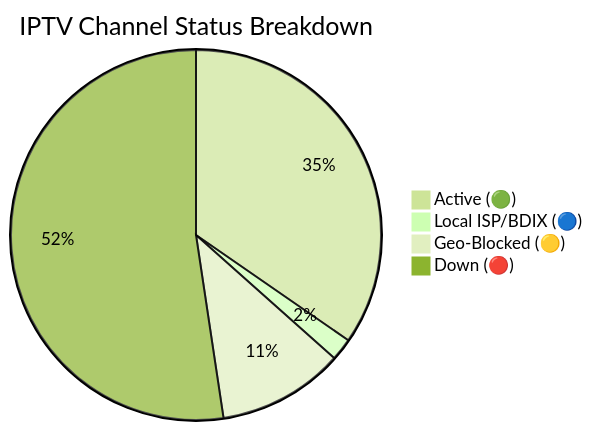
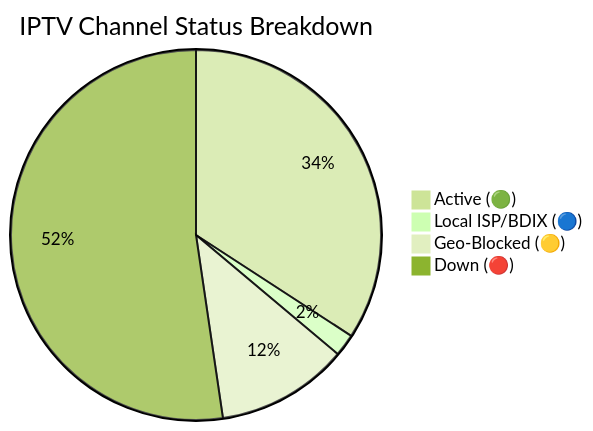
The diagram in README.md (andreataylord/Ip-tv-Collection), drawn with Mermaid (forest theme) before and after one commit. The commit also changed other lines of this file and 2 other files, not shown here.

````diff
--- a/README.md
+++ b/README.md
@@ -59,7 +59,7 @@
 ```mermaid
 pie title IPTV Channel Status Breakdown
-    "Active (🟢)" : 2273
+    "Active (🟢)" : 2248
     "Local ISP/BDIX (🔵)" : 128
-    "Geo-Blocked (🟡)" : 725
-    "Down (🔴)" : 3438
+    "Geo-Blocked (🟡)" : 760
+    "Down (🔴)" : 3442
 ```
````
